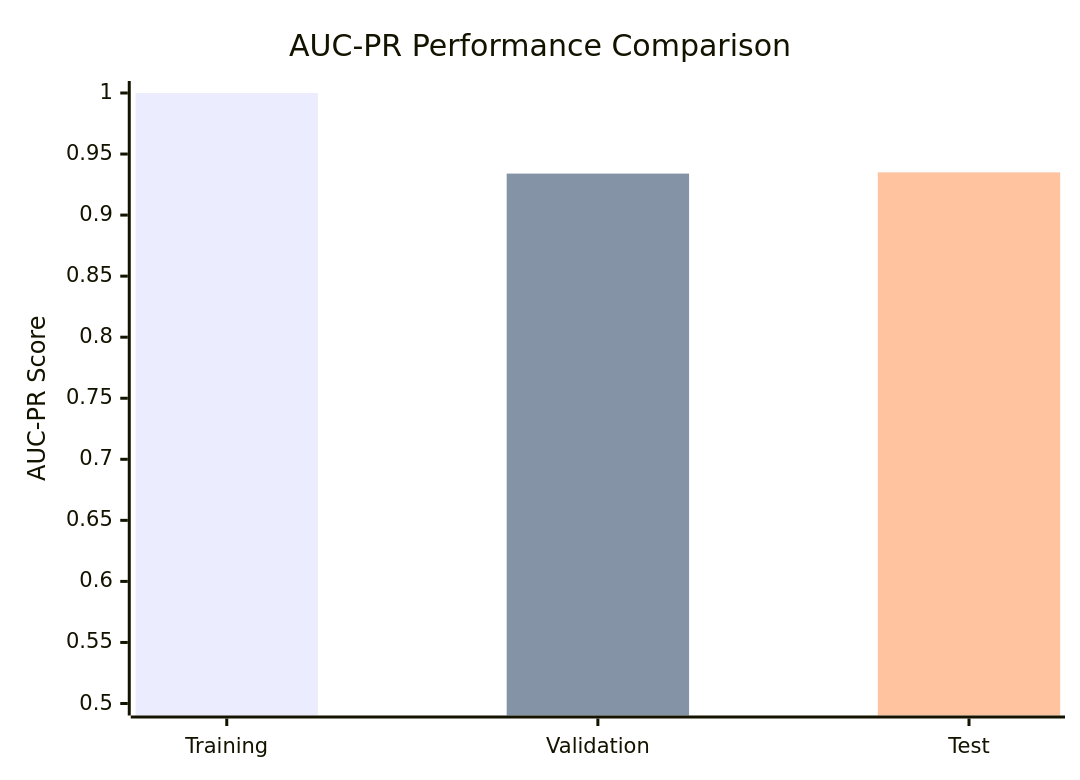
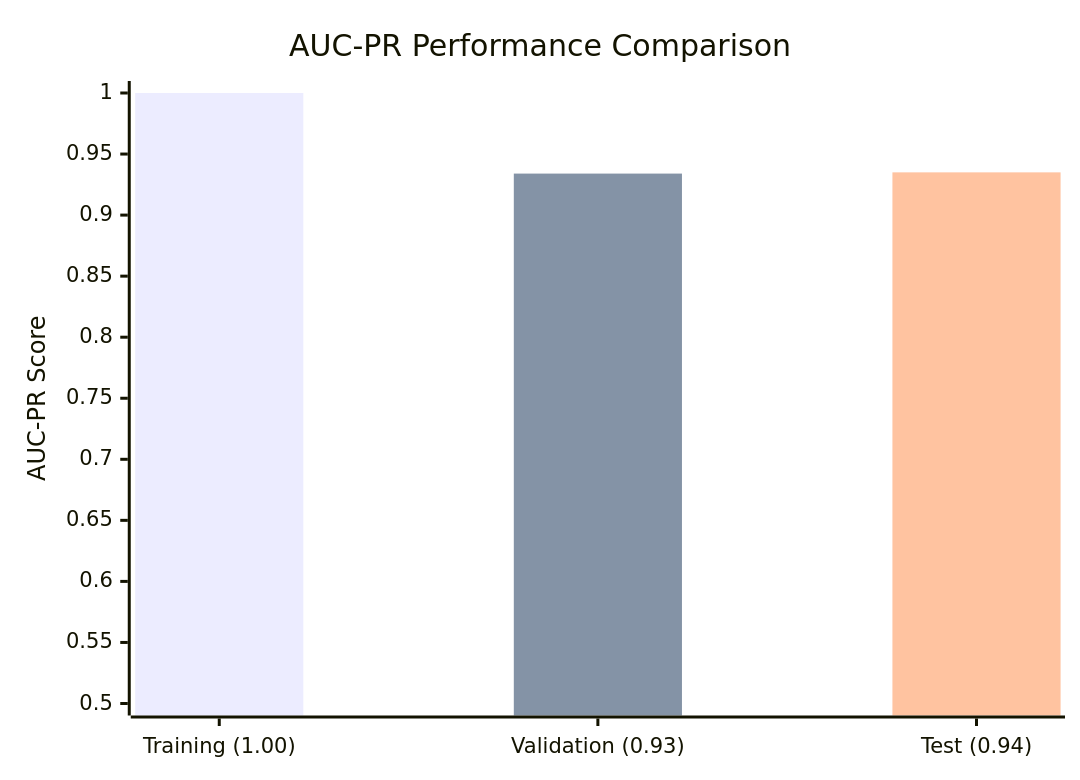
Before and after one commit to Daniel-Lachner-Piza/EEG_Characterizer_HFO: the first of 5 diagrams in README.md, drawn with Mermaid. The commit also changed other lines of this file, not shown here.

````diff
--- a/README.md
+++ b/README.md
@@ -42,9 +42,9 @@
 ```mermaid
 xychart-beta
     title "AUC-PR Performance Comparison"
-    x-axis [Training, Validation, Test]
+    x-axis ["Training (1.00)", "Validation (0.93)", "Test (0.94)"]
     y-axis "AUC-PR Score" 0.5 --> 1.0
-    bar "Training<br>(1.00)" [1.000, 0, 0]
-    bar "Validation<br>(0.93)" [0, 0.934, 0]
-    bar "Test<br>(0.94)" [0, 0, 0.935]
+    bar "Training (1.00)" [1.000, 0, 0]
+    bar "Validation (0.93)" [0, 0.934, 0]
+    bar "Test (0.94)" [0, 0, 0.935]
 ```
````
